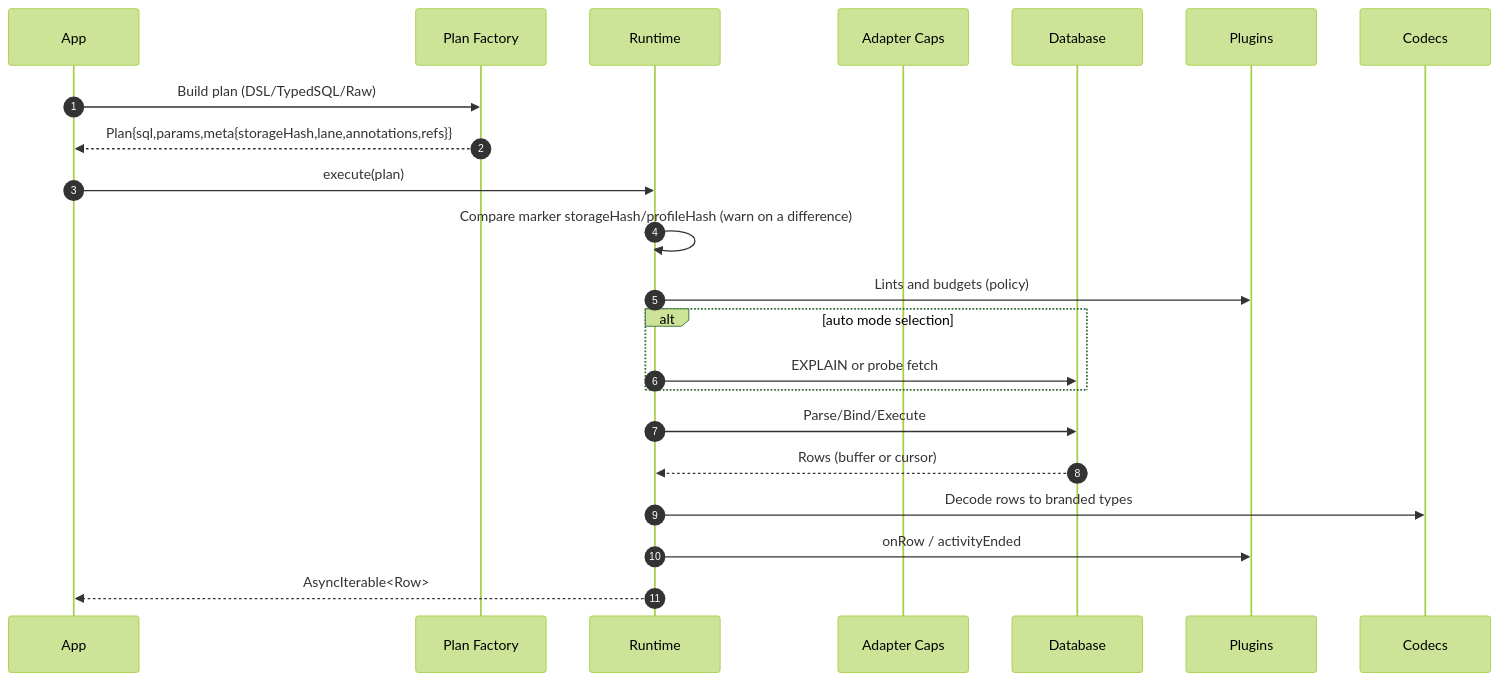
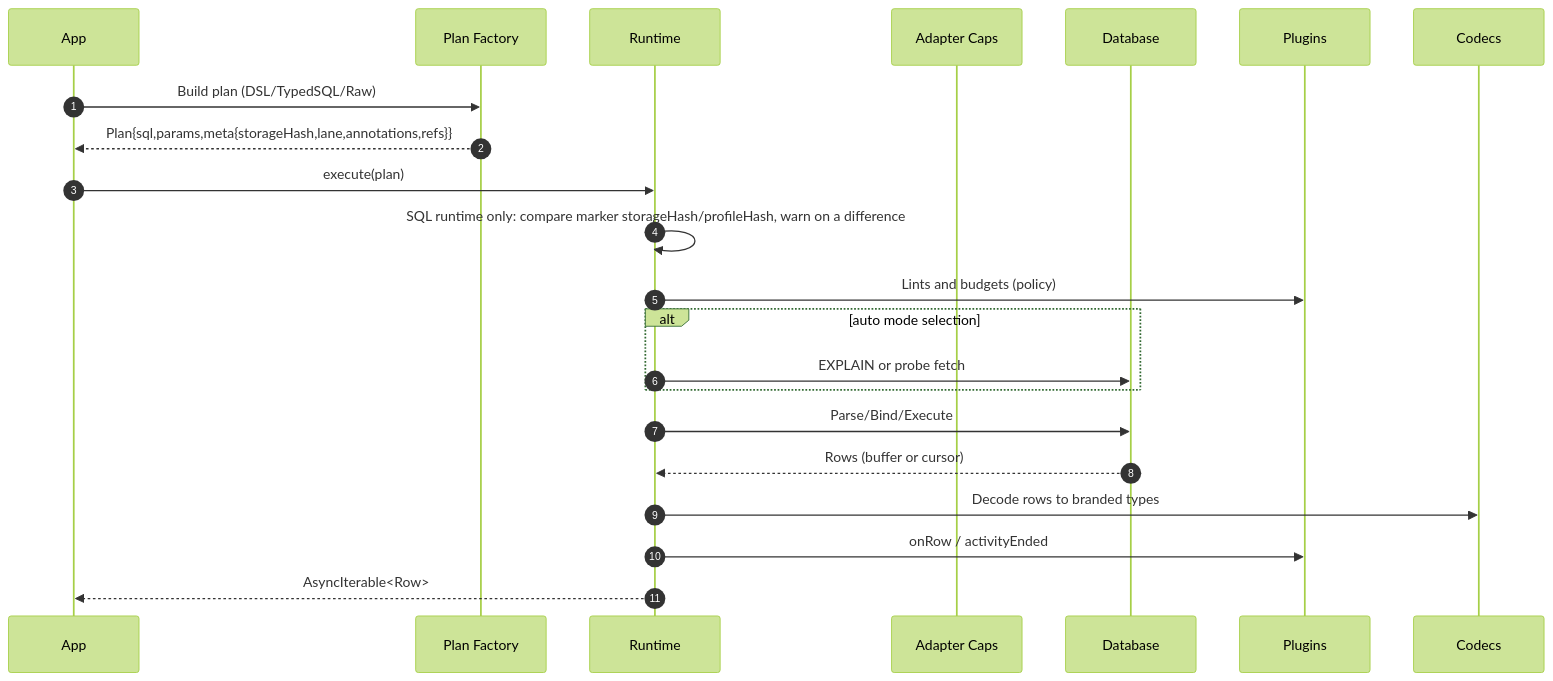
Before and after one commit to prisma/orm: the third of 4 diagrams in docs/Architecture Overview.md, drawn with Mermaid (forest theme).

Commit message:
docs: label the marker step in the overview's sequence diagram as SQL-only

````diff
--- a/docs/Architecture Overview.md
+++ b/docs/Architecture Overview.md
@@ -216,25 +216,25 @@
 ```mermaid
 sequenceDiagram
   autonumber
   participant App as App
   participant Factory as Plan Factory
   participant Runtime as Runtime
   participant Caps as Adapter Caps
   participant DB as Database
   participant Plugins as Plugins
   participant Codecs as Codecs
 
   App->>Factory: Build plan (DSL/TypedSQL/Raw)
   Factory-->>App: Plan{sql,params,meta{storageHash,lane,annotations,refs}}
   App->>Runtime: execute(plan)
-  Runtime->>Runtime: Compare marker storageHash/profileHash (warn on a difference)
+  Runtime->>Runtime: SQL runtime only: compare marker storageHash/profileHash, warn on a difference
   Runtime->>Plugins: Lints and budgets (policy)
   alt auto mode selection
     Runtime->>DB: EXPLAIN or probe fetch
   end
   Runtime->>DB: Parse/Bind/Execute
   DB-->>Runtime: Rows (buffer or cursor)
   Runtime->>Codecs: Decode rows to branded types
   Runtime->>Plugins: onRow / activityEnded
   Runtime-->>App: AsyncIterable<Row>
 ```
````
